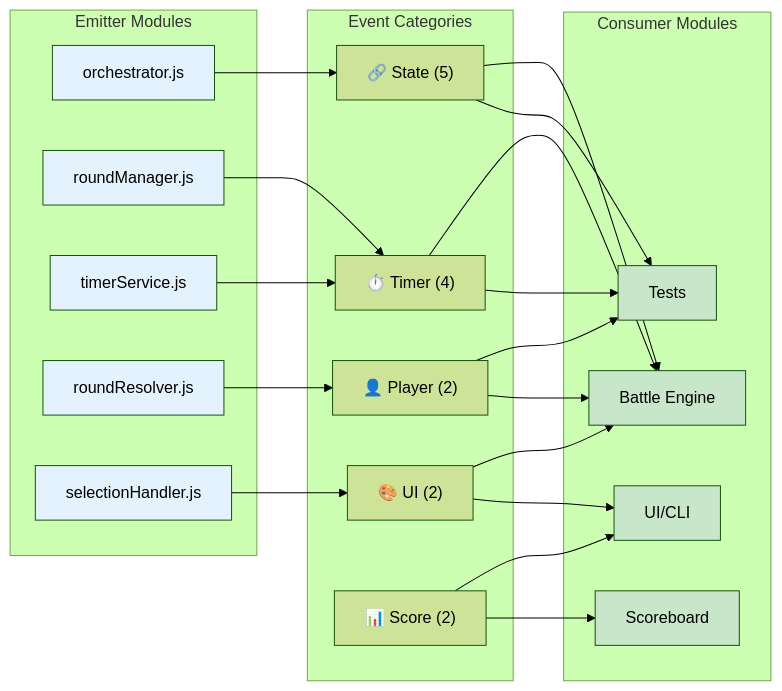
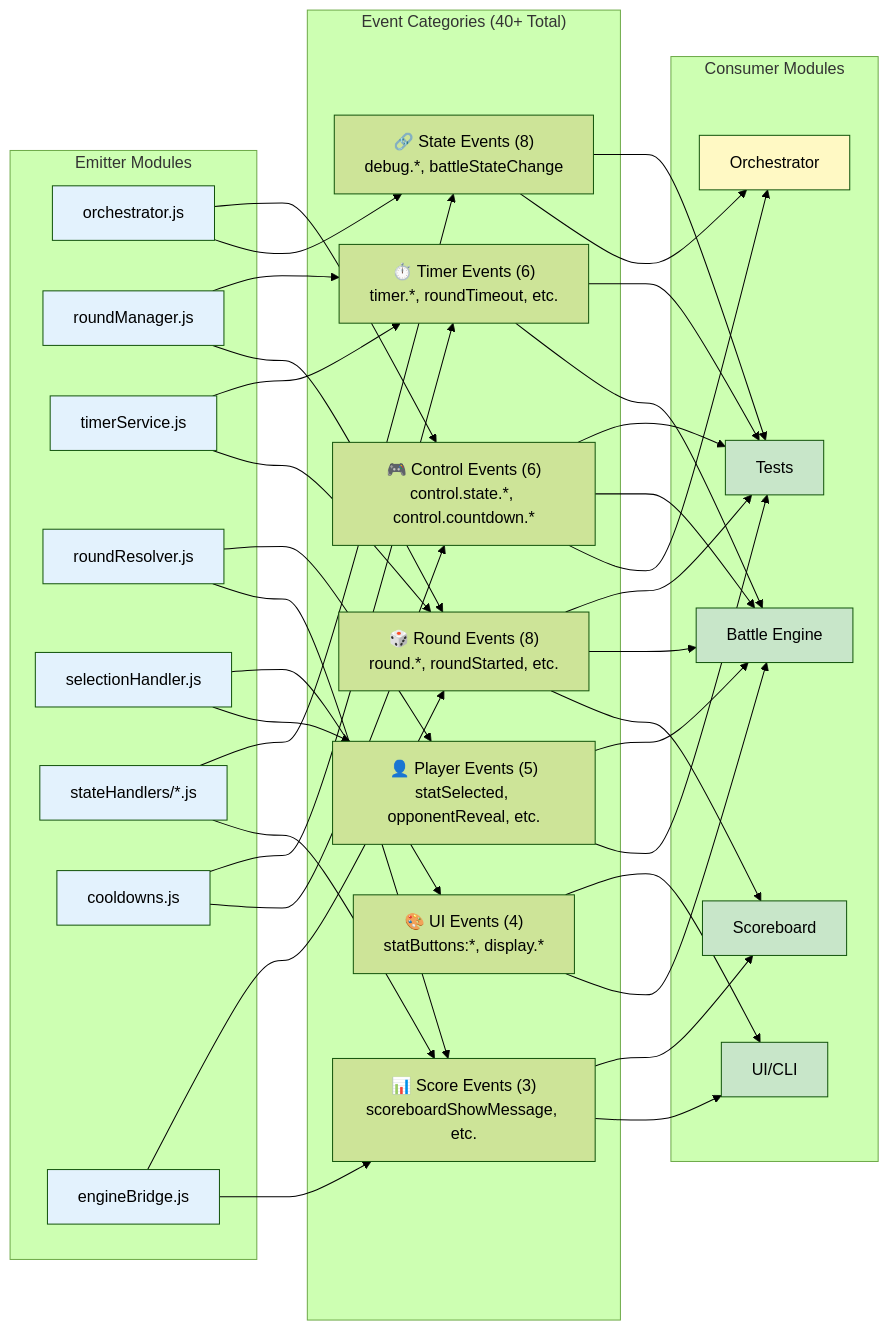
Before and after one commit to CyanAutomation/judokon: the third of 4 diagrams in design/productRequirementsDocuments/prdEventContracts.md, drawn with Mermaid (forest theme). The commit also changed other lines of this file and 2 other files, not shown here.

Commit message:
Enhance event handling documentation with comprehensive diagrams for event authority and propagation; clarify emitter-consumer flow and idempotency guard logic.

````diff
--- a/design/productRequirementsDocuments/prdEventContracts.md
+++ b/design/productRequirementsDocuments/prdEventContracts.md
@@ -230,52 +232,79 @@
 ```mermaid
 flowchart LR
     subgraph Emitters["Emitter Modules"]
         ORC["orchestrator.js"]
         RM["roundManager.js"]
         TS["timerService.js"]
         RR["roundResolver.js"]
         SH["selectionHandler.js"]
+        SS["stateHandlers/*.js"]
+        CD["cooldowns.js"]
+        EB["engineBridge.js"]
     end
 
-    subgraph Categories["Event Categories"]
-        TimerCat["⏱️ Timer (4)"]
-        StateCat["🔗 State (5)"]
-        UICat["🎨 UI (2)"]
-        PlayerCat["👤 Player (2)"]
-        ScoreCat["📊 Score (2)"]
+    subgraph Categories["Event Categories (40+ Total)"]
+        TimerCat["⏱️ Timer Events (6)<br/>timer.*, roundTimeout, etc."]
+        ControlCat["🎮 Control Events (6)<br/>control.state.*, control.countdown.*"]
+        StateCat["🔗 State Events (8)<br/>debug.*, battleStateChange"]
+        UICat["🎨 UI Events (4)<br/>statButtons:*, display.*"]
+        PlayerCat["👤 Player Events (5)<br/>statSelected, opponentReveal, etc."]
+        ScoreCat["📊 Score Events (3)<br/>scoreboardShowMessage, etc."]
+        RoundCat["🎲 Round Events (8)<br/>round.*, roundStarted, etc."]
     end
 
     subgraph Consumers["Consumer Modules"]
         Tests["Tests"]
         UI["UI/CLI"]
         Engine["Battle Engine"]
         Score["Scoreboard"]
+        Orch2["Orchestrator"]
     end
 
+    ORC --> ControlCat
     ORC --> StateCat
     RM --> TimerCat
+    RM --> RoundCat
     TS --> TimerCat
+    TS --> RoundCat
     RR --> PlayerCat
+    RR --> ScoreCat
     SH --> UICat
+    SH --> PlayerCat
+    SS --> StateCat
+    SS --> ScoreCat
+    CD --> TimerCat
+    CD --> ControlCat
+    EB --> RoundCat
+    EB --> ScoreCat
 
     TimerCat --> Tests
     TimerCat --> Engine
+    ControlCat --> Tests
+    ControlCat --> Engine
+    ControlCat --> Orch2
     StateCat --> Tests
-    StateCat --> Engine
+    StateCat --> Orch2
     UICat --> UI
     UICat --> Engine
     PlayerCat --> Engine
     PlayerCat --> Tests
     ScoreCat --> Score
     ScoreCat --> UI
+    RoundCat --> Tests
+    RoundCat --> Engine
+    RoundCat --> Score
 
     style ORC fill:#e3f2fd
     style RM fill:#e3f2fd
     style TS fill:#e3f2fd
     style RR fill:#e3f2fd
     style SH fill:#e3f2fd
+    style SS fill:#e3f2fd
+    style CD fill:#e3f2fd
+    style EB fill:#e3f2fd
     style Tests fill:#c8e6c9
     style UI fill:#c8e6c9
     style Engine fill:#c8e6c9
     style Score fill:#c8e6c9
+    style Orch2 fill:#fff9c4
 ```
````
